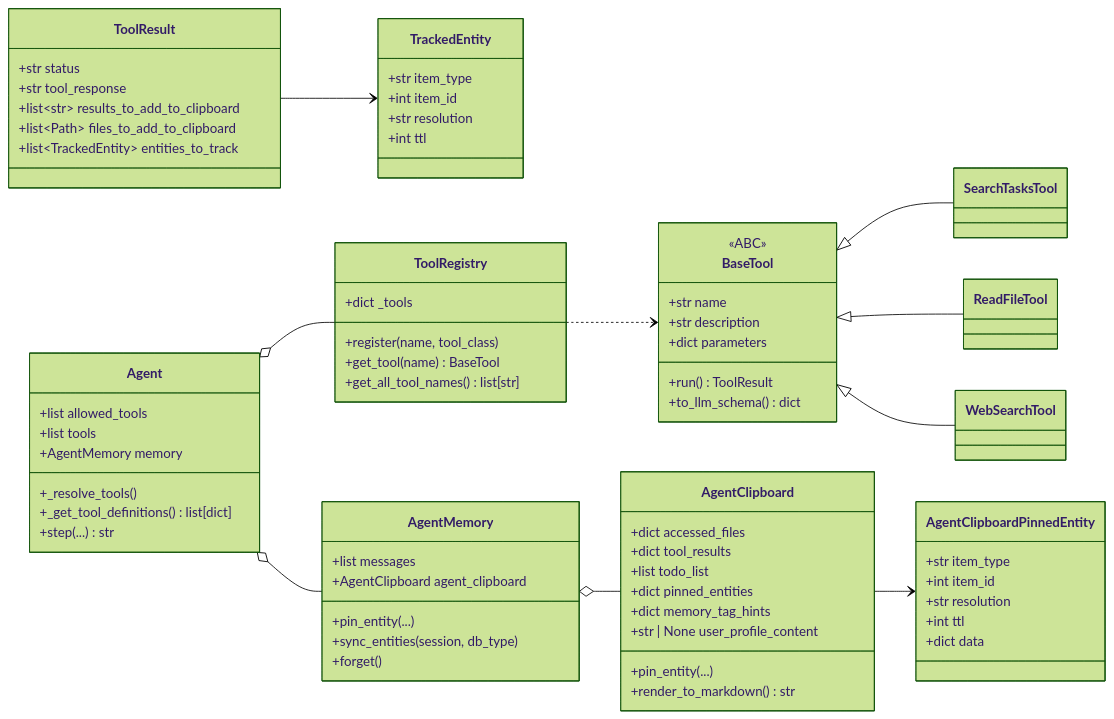
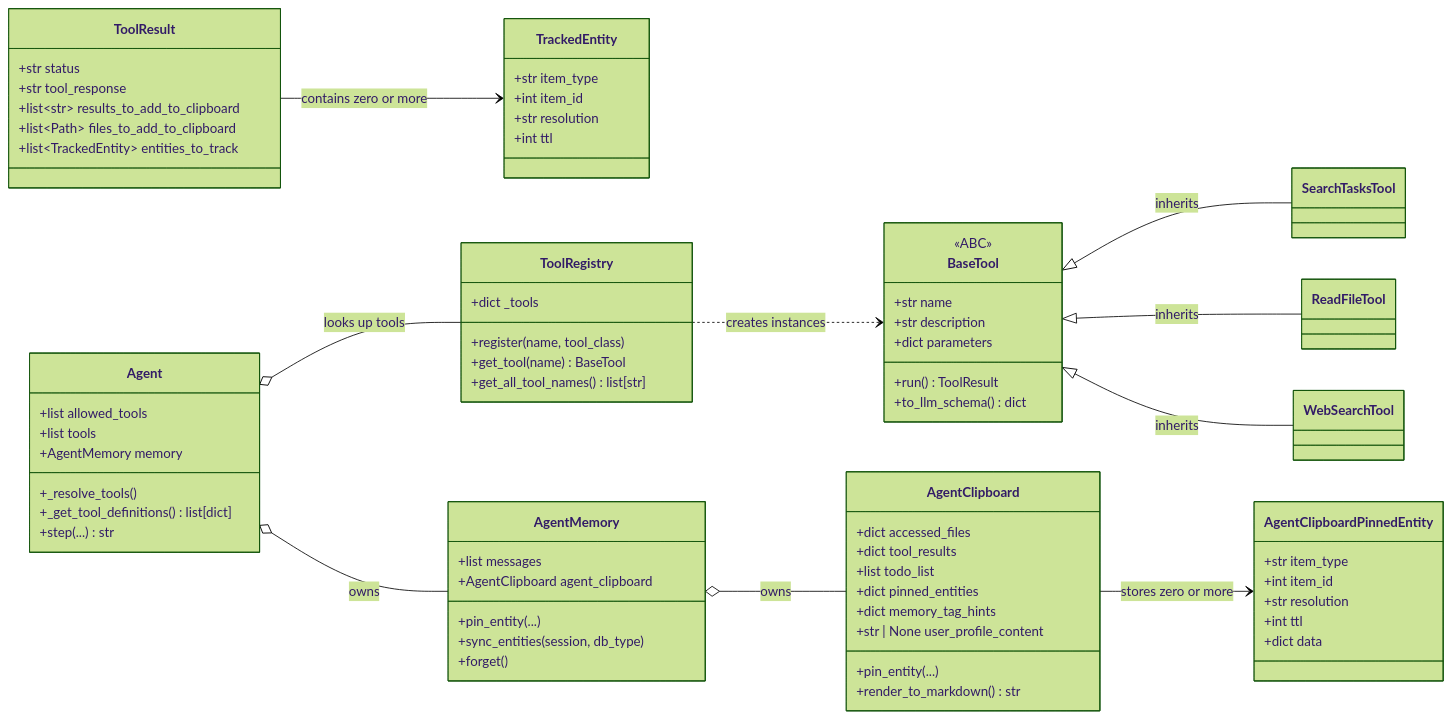
The first of 3 diagrams in docs/agent_tool.md (genesis-scaffolding/genesis-scaffolding), drawn with Mermaid (forest theme) before and after one commit. The commit also changed 3 other files, not shown here.

````diff
--- a/docs/agent_tool.md
+++ b/docs/agent_tool.md
@@ -31,81 +31,81 @@
 ```mermaid
 classDiagram
     direction LR
 
     class BaseTool {
         <<ABC>>
         +str name
         +str description
         +dict parameters
         +run() ToolResult
         +to_llm_schema() dict
     }
 
     class ToolResult {
         +str status
         +str tool_response
         +list~str~ results_to_add_to_clipboard
         +list~Path~ files_to_add_to_clipboard
         +list~TrackedEntity~ entities_to_track
     }
 
     class TrackedEntity {
         +str item_type
         +int item_id
         +str resolution
         +int ttl
     }
 
     class AgentClipboard {
         +dict accessed_files
         +dict tool_results
         +list todo_list
         +dict pinned_entities
         +dict memory_tag_hints
         +str | None user_profile_content
         +pin_entity(...)
         +render_to_markdown() str
     }
 
     class AgentClipboardPinnedEntity {
         +str item_type
         +int item_id
         +str resolution
         +int ttl
         +dict data
     }
 
     class ToolRegistry {
         +dict _tools
         +register(name, tool_class)
         +get_tool(name) BaseTool
         +get_all_tool_names() list[str]
     }
 
     class Agent {
         +list allowed_tools
         +list tools
         +AgentMemory memory
         +_resolve_tools()
         +_get_tool_definitions() list[dict]
         +step(...) str
     }
 
     class AgentMemory {
         +list messages
         +AgentClipboard agent_clipboard
         +pin_entity(...)
         +sync_entities(session, db_type)
         +forget()
     }
 
-    BaseTool <|-- SearchTasksTool
-    BaseTool <|-- ReadFileTool
-    BaseTool <|-- WebSearchTool
-    ToolRegistry ..> BaseTool
-    Agent o-- ToolRegistry
-    Agent o-- AgentMemory
-    AgentMemory o-- AgentClipboard
-    ToolResult --> TrackedEntity
-    AgentClipboard --> AgentClipboardPinnedEntity
+    BaseTool <|-- SearchTasksTool : inherits
+    BaseTool <|-- ReadFileTool : inherits
+    BaseTool <|-- WebSearchTool : inherits
+    ToolRegistry ..> BaseTool : creates instances
+    Agent o-- ToolRegistry : looks up tools
+    Agent o-- AgentMemory : owns
+    AgentMemory o-- AgentClipboard : owns
+    ToolResult --> TrackedEntity : contains zero or more
+    AgentClipboard --> AgentClipboardPinnedEntity : stores zero or more
 ```
````
